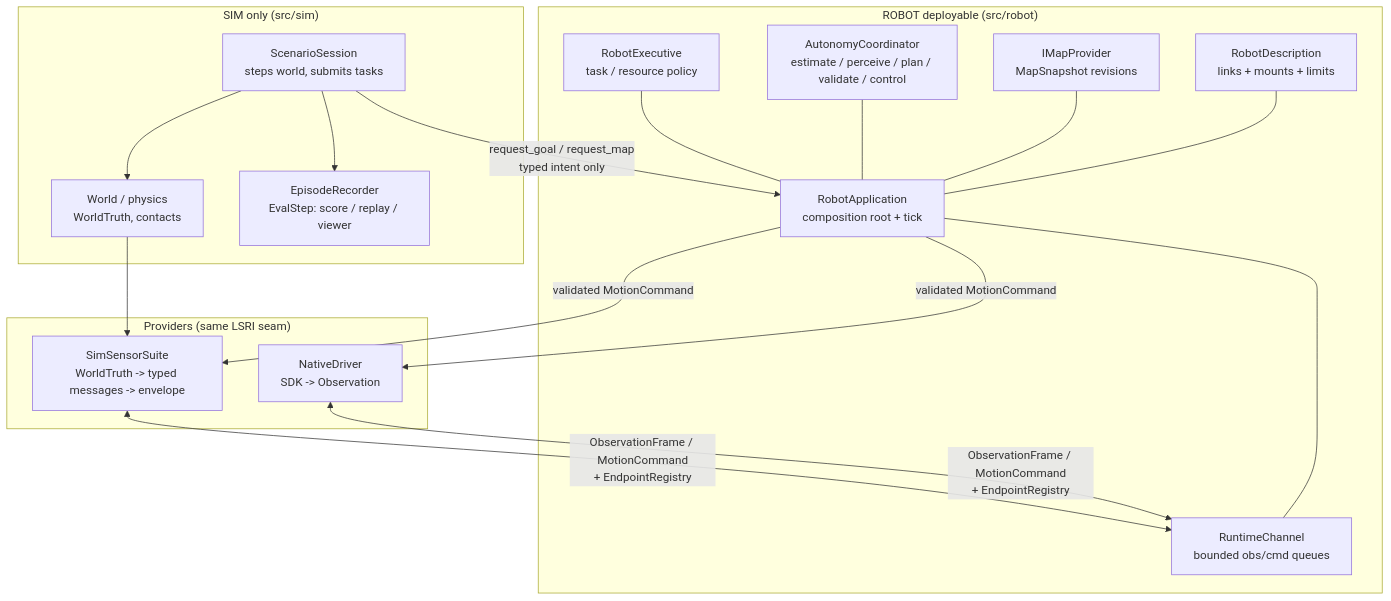
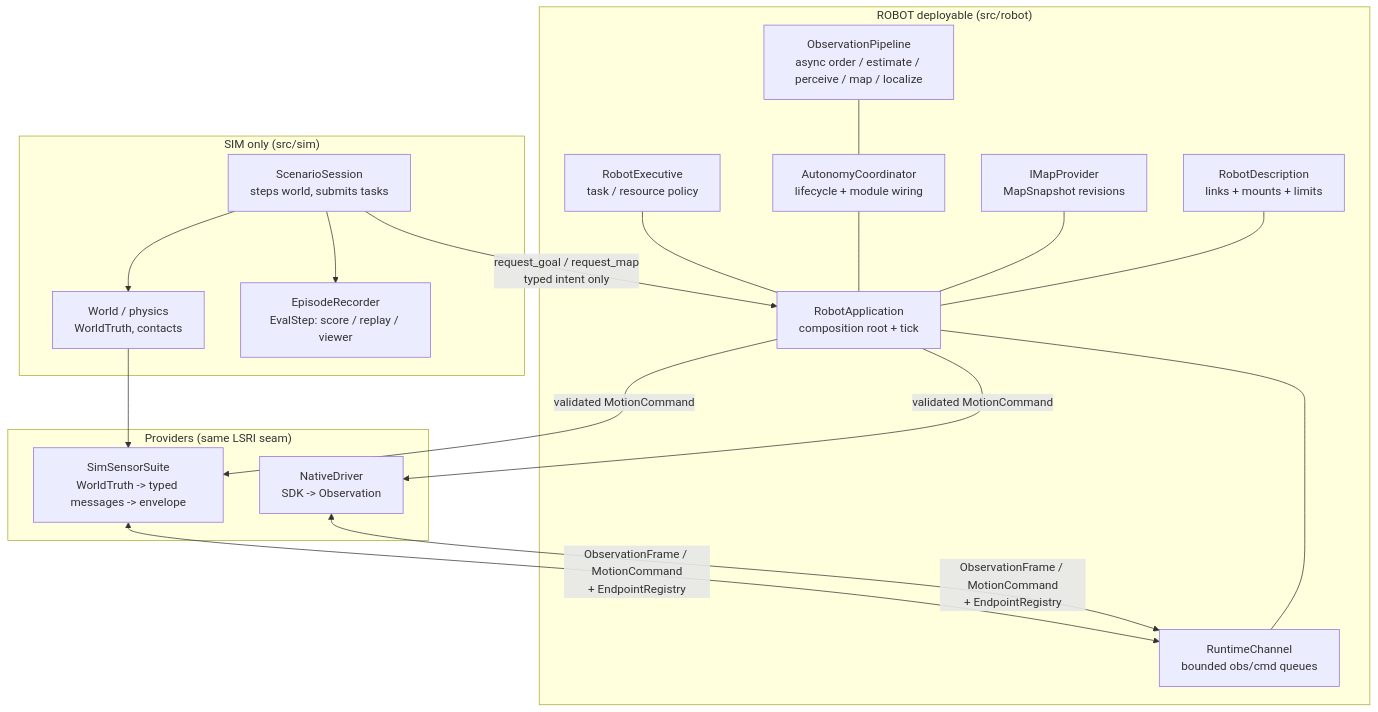
One commit to Robin-1978/lost-signal changed the diagram in docs/architecture.md. Above: the diagram before and after it, drawn with Mermaid. The commit also changed other lines of this file and 7 other files, not shown here.

Commit message:
refactor: move async observations out of coordinator

````diff
--- a/docs/architecture.md
+++ b/docs/architecture.md
@@ -8,36 +8,38 @@
 ```mermaid
 flowchart TB
   subgraph ROBOT["ROBOT deployable (src/robot)"]
     Exec["RobotExecutive<br/>task / resource policy"]
-    Coord["AutonomyCoordinator<br/>estimate / perceive / plan / validate / control"]
+ Coord["AutonomyCoordinator<br/>lifecycle + module wiring"]
+ Obs["ObservationPipeline<br/>async order / estimate / perceive / map / localize"]
     Maps["IMapProvider<br/>MapSnapshot revisions"]
     Desc["RobotDescription<br/>links + mounts + limits"]
     Chan["RuntimeChannel<br/>bounded obs/cmd queues"]
     App["RobotApplication<br/>composition root + tick"]
     Exec --- App
     Coord --- App
+ Obs --- Coord
     Maps --- App
     Desc --- App
     Chan --- App
   end
 
   subgraph PROV["Providers (same LSRI seam)"]
     SimProv["SimSensorSuite<br/>WorldTruth -> typed messages -> envelope"]
     RealProv["NativeDriver<br/>SDK -> Observation"]
   end
 
   subgraph SIM["SIM only (src/sim)"]
     World["World / physics<br/>WorldTruth, contacts"]
     Sess["ScenarioSession<br/>steps world, submits tasks"]
     Snap["EpisodeRecorder<br/>EvalStep: score / replay / viewer"]
   end
 
   World --> SimProv
   SimProv <-->|"ObservationFrame / MotionCommand<br/>+ EndpointRegistry"| Chan
   RealProv <-->|"ObservationFrame / MotionCommand<br/>+ EndpointRegistry"| Chan
   Sess -->|"request_goal / request_map<br/>typed intent only"| App
   Sess --> World
   Sess --> Snap
   App -->|"validated MotionCommand"| SimProv
   App -->|"validated MotionCommand"| RealProv
 ```
````
